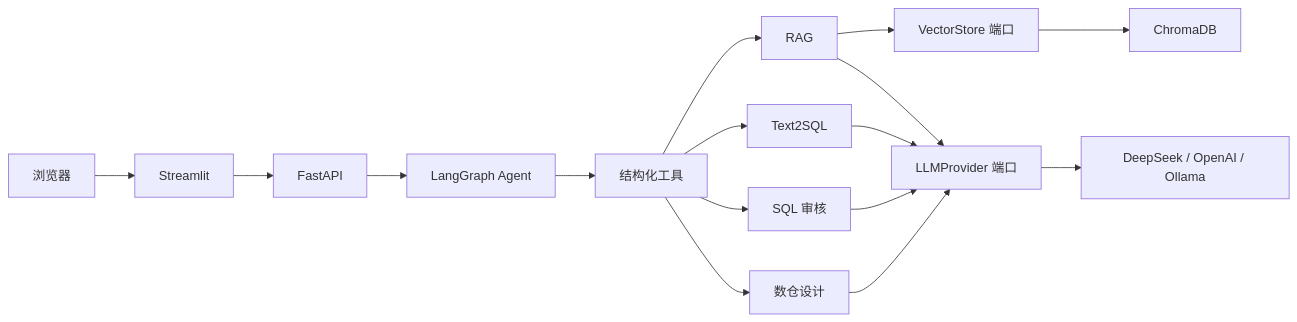
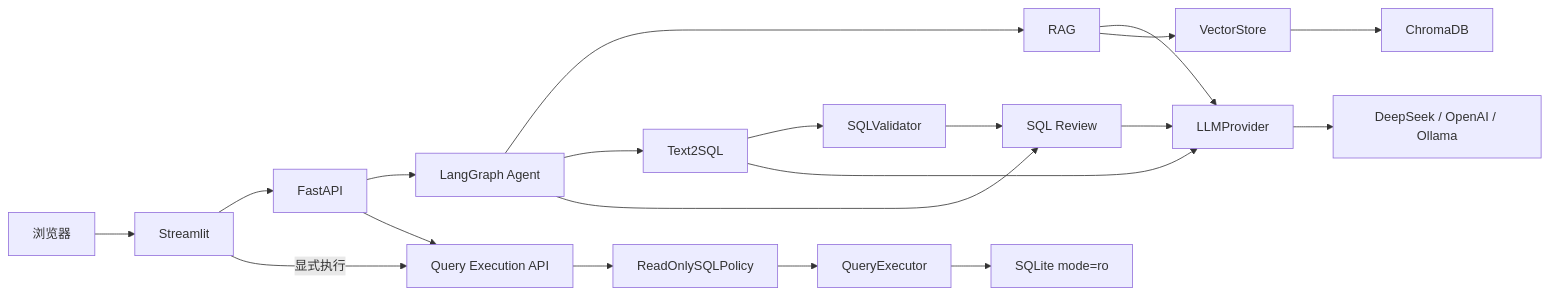
The second of 8 diagrams in docs/ARCHITECTURE.md (plutoczm/DataCopilot), drawn with Mermaid before and after one commit. The commit also changed other lines of this file, not shown here.

Commit message:
docs: align architecture with governed execution boundary

````diff
--- a/docs/ARCHITECTURE.md
+++ b/docs/ARCHITECTURE.md
@@ -51,18 +56,22 @@
 ```mermaid
 flowchart LR
     Browser[浏览器] --> UI[Streamlit]
     UI --> API[FastAPI]
     API --> Agent[LangGraph Agent]
-    Agent --> Tools[结构化工具]
-    Tools --> RAG[RAG]
-    Tools --> T2S[Text2SQL]
-    Tools --> Review[SQL 审核]
-    Tools --> Warehouse[数仓设计]
-    RAG --> VectorPort[VectorStore 端口]
-    RAG --> LLMPort[LLMProvider 端口]
+    API --> ExecuteAPI[Query Execution API]
+    Agent --> RAG[RAG]
+    Agent --> T2S[Text2SQL]
+    Agent --> Review[SQL Review]
+    T2S --> Guard[SQLValidator]
+    Guard --> Review
+    UI -->|显式执行| ExecuteAPI
+    ExecuteAPI --> Policy[ReadOnlySQLPolicy]
+    Policy --> QueryPort[QueryExecutor]
+    QueryPort --> SQLite[SQLite mode=ro]
+    RAG --> LLMPort[LLMProvider]
     T2S --> LLMPort
     Review --> LLMPort
-    Warehouse --> LLMPort
+    LLMPort --> Provider[DeepSeek / OpenAI / Ollama]
+    RAG --> VectorPort[VectorStore]
     VectorPort --> Chroma[ChromaDB]
-    LLMPort --> Provider[DeepSeek / OpenAI / Ollama]
 ```
````
